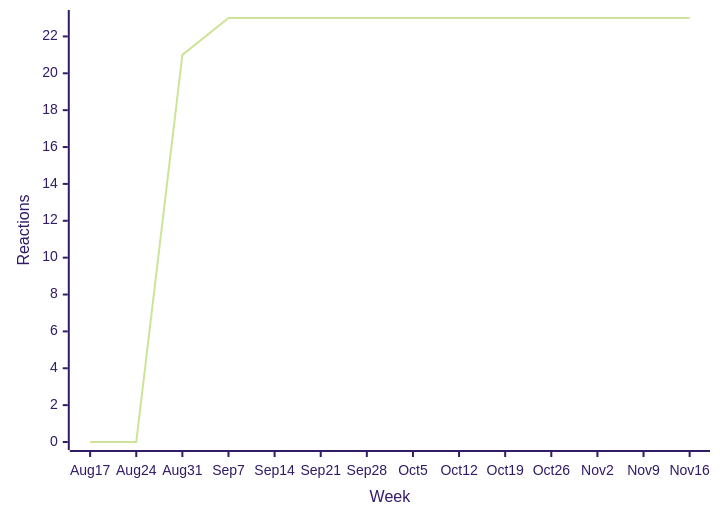
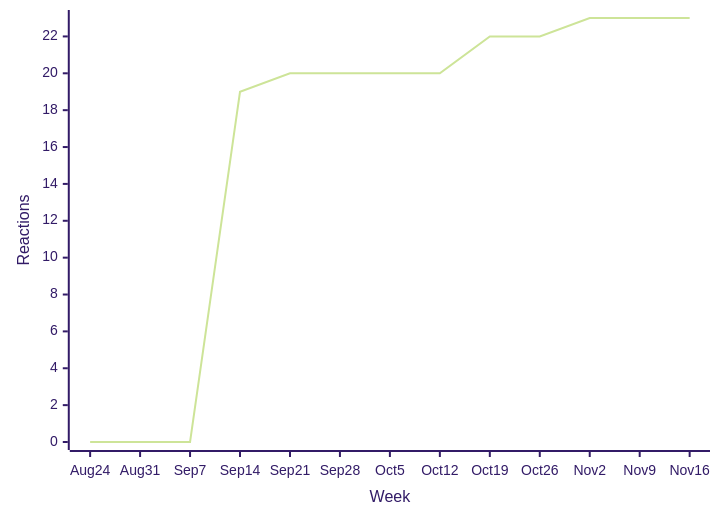
Before and after one commit to loic-sharma/github-insights: the fourth of 31 diagrams in README.md, drawn with Mermaid (forest theme). The commit also changed other lines of this file and 3 other files, not shown here.

````diff
--- a/README.md
+++ b/README.md
@@ -375,6 +375,6 @@
   ```mermaid
   xychart-beta
-    x-axis "Week" [Aug 17, Aug 24, Aug 31, Sep 7, Sep 14, Sep 21, Sep 28, Oct 5, Oct 12, Oct 19, Oct 26, Nov 2, Nov 9, Nov 16]
+    x-axis "Week" [Aug 24, Aug 31, Sep 7, Sep 14, Sep 21, Sep 28, Oct 5, Oct 12, Oct 19, Oct 26, Nov 2, Nov 9, Nov 16]
     y-axis "Reactions"
-    line [0, 0, 21, 23, 23, 23, 23, 23, 23, 23, 23, 23, 23, 23]
+    line [0, 0, 0, 19, 20, 20, 20, 20, 22, 22, 23, 23, 23]
   ```
````
